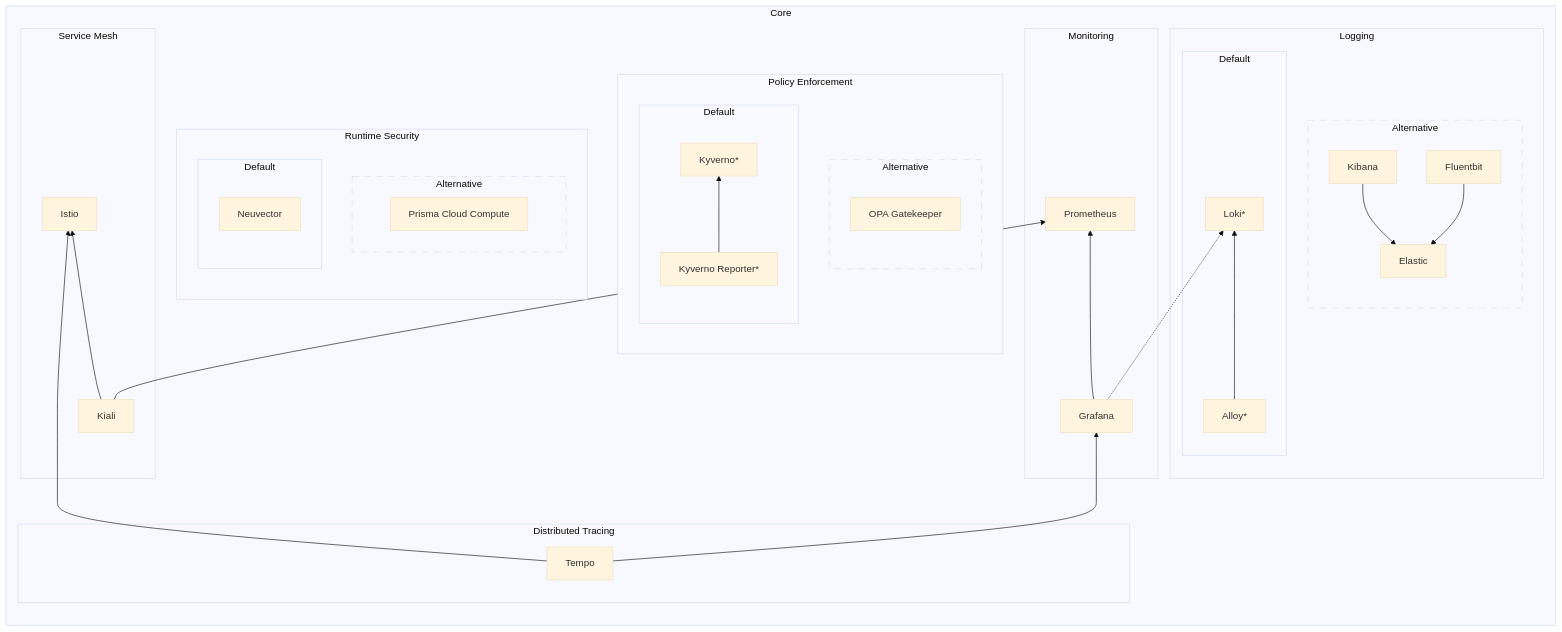
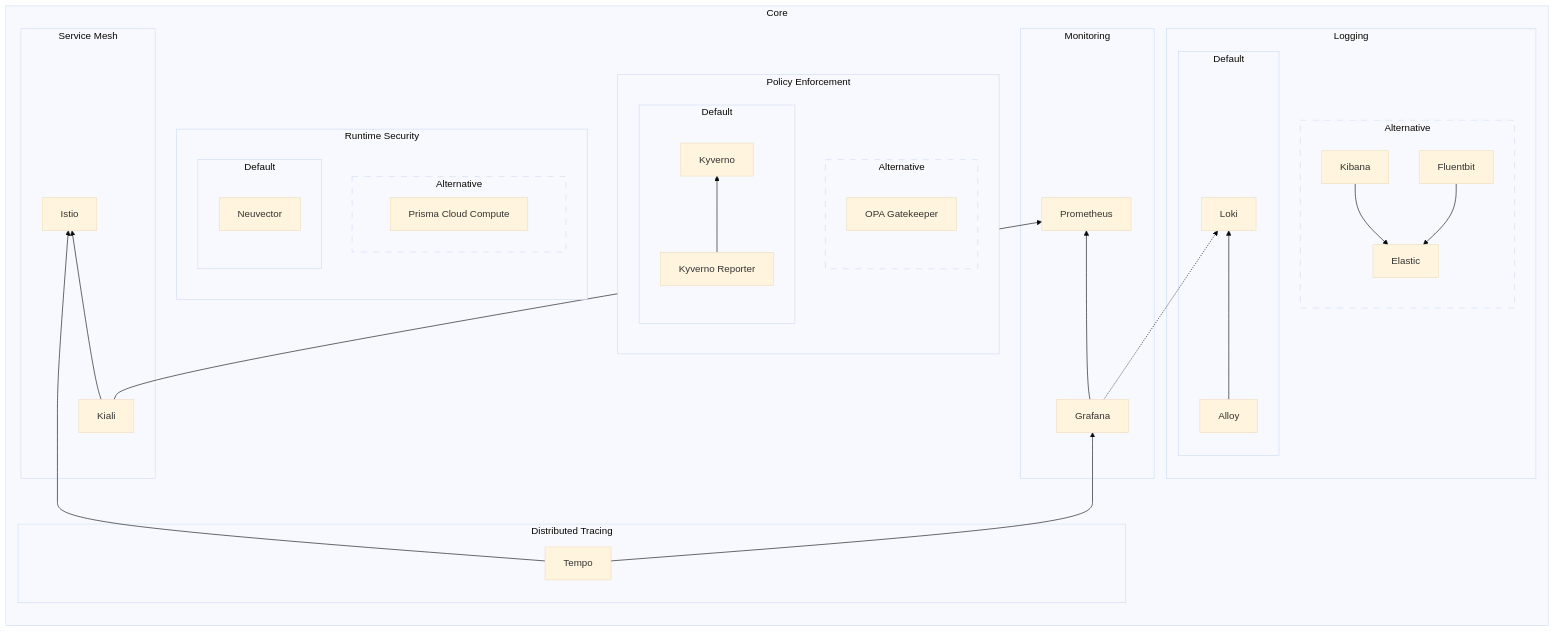
One commit to shebashio/bigbang changed the first of 2 diagrams in docs/understanding-bigbang/package-architecture/README.md. Above: the diagram before and after it, drawn with Mermaid (base theme).

Commit message:
remove asterisk

````diff
--- a/docs/understanding-bigbang/package-architecture/README.md
+++ b/docs/understanding-bigbang/package-architecture/README.md
@@ -15,52 +15,52 @@
 ```mermaid
 flowchart LR
   subgraph Core
     direction BT
 
     subgraph L[Logging]
-      subgraph PLG[Default]
-        Alloy[Alloy*] --> Loki[Loki*]
+      subgraph ALG[Default]
+        Alloy[Alloy] --> Loki[Loki]
       end
       subgraph EFK[Alternative]
         style EFK stroke-dasharray: 10 10
         Kibana & Fluentbit --> Elastic
       end
     end
 
     subgraph M[Monitoring]
       Grafana --> Prometheus
       Grafana -.-> Loki
     end
 
     subgraph PE[Policy Enforcement]
       subgraph CA[Alternative]
       style CA stroke-dasharray: 10 10
       direction BT
         OPA[OPA Gatekeeper]
       end
       subgraph KyvernoStack[Default]
       direction BT
-        KyvernoReporter[Kyverno Reporter*] --> Kyverno[Kyverno*]
+        KyvernoReporter[Kyverno Reporter] --> Kyverno[Kyverno]
       end
     end
 
     subgraph RS[Runtime Security]
       subgraph CC[Alternative]
         style CC stroke-dasharray: 10 10
         Twistlock[Prisma Cloud Compute]
       end
       subgraph TL[Default]
         Neuvector[Neuvector]
       end
     end
 
     subgraph DT[Distributed Tracing]
       Tempo[Tempo] --> Grafana
     end
 
     subgraph SM[Service Mesh]
       Tempo --> Istio
       Kiali --> Istio & Prometheus
     end
   end
 ```
````
